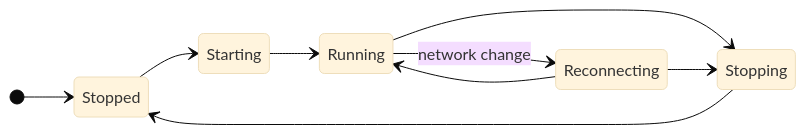
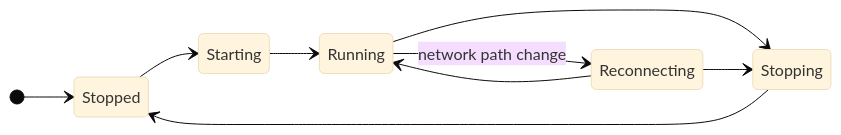
The second of 3 diagrams in 1-freenet-mobile-appkit/02-sdk.md (EVY-Platform/evy-freenet-plans), drawn with Mermaid (base theme) before and after one commit. The commit also changed other lines of this file and 5 other files, not shown here.

````diff
--- a/1-freenet-mobile-appkit/02-sdk.md
+++ b/1-freenet-mobile-appkit/02-sdk.md
@@ -115,12 +115,12 @@
 ```mermaid
 stateDiagram-v2
   direction LR
   [*] --> Stopped
   Stopped --> Starting
   Starting --> Running
-  Running --> Reconnecting: network change
+  Running --> Reconnecting: network path change
   Reconnecting --> Running
   Running --> Stopping
   Reconnecting --> Stopping
   Stopping --> Stopped
 ```
````
